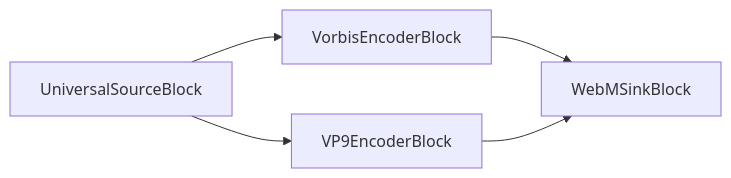
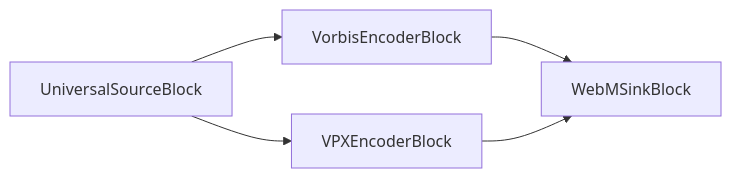
One commit to visioforge/help changed diagram 12 of 30 in dotnet/mediablocks/Sinks/index.es.md. Above: the diagram before and after it, drawn with Mermaid. The commit also changed other lines of this file and 222 other files, not shown here.

````diff
--- a/dotnet/mediablocks/Sinks/index.es.md
+++ b/dotnet/mediablocks/Sinks/index.es.md
@@ -790,7 +790,7 @@
 ```mermaid
 graph LR;
     UniversalSourceBlock-->VorbisEncoderBlock;
-    UniversalSourceBlock-->VP9EncoderBlock;
+    UniversalSourceBlock-->VPXEncoderBlock;
     VorbisEncoderBlock-->WebMSinkBlock;
-    VP9EncoderBlock-->WebMSinkBlock;
+    VPXEncoderBlock-->WebMSinkBlock;
 ```
````
